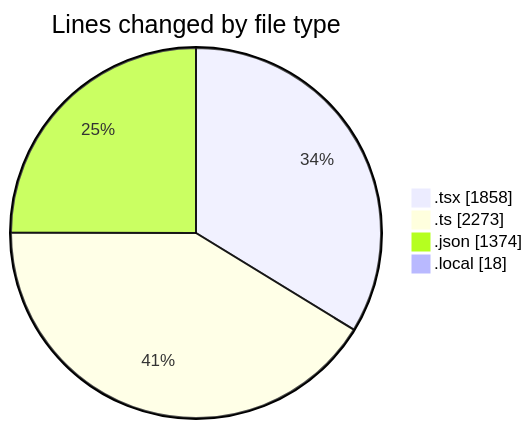
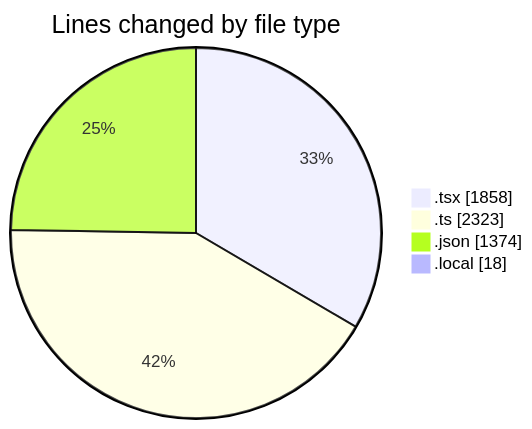
Before and after one commit to julien-gomy/code-tracking: the first of 2 diagrams in 2025-10-16/eventscop-frontend-guide__workspace_/README.md, drawn with Mermaid. The commit also changed other lines of this file and 1 other file, not shown here.

````diff
--- a/2025-10-16/eventscop-frontend-guide__workspace_/README.md
+++ b/2025-10-16/eventscop-frontend-guide__workspace_/README.md
@@ -50,8 +51,8 @@
 ```mermaid
 pie showData
 title Lines changed by file type
 ".tsx" : 1858
-".ts" : 2273
+".ts" : 2323
 ".json" : 1374
 ".local" : 18
 ```
````
